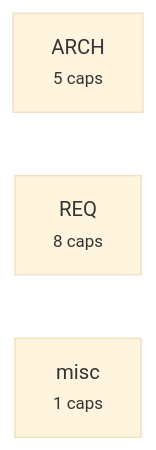
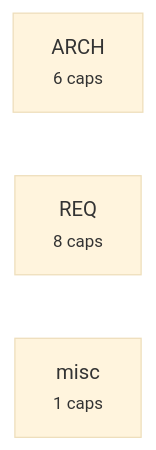
Before and after one commit to alxmax/excalidraw-diagram: the fourth of 5 diagrams in plugin/requirements/_map.md, drawn with Mermaid (base theme). The commit also changed other lines of this file and 10 other files, not shown here.

````diff
--- a/plugin/requirements/_map.md
+++ b/plugin/requirements/_map.md
@@ -103,6 +112,6 @@
 ```mermaid
 graph LR
-  a_ARCH["ARCH<br><small>5 caps</small>"]
+  a_ARCH["ARCH<br><small>6 caps</small>"]
   a_REQ["REQ<br><small>8 caps</small>"]
   a_misc["misc<br><small>1 caps</small>"]
 ```
````
